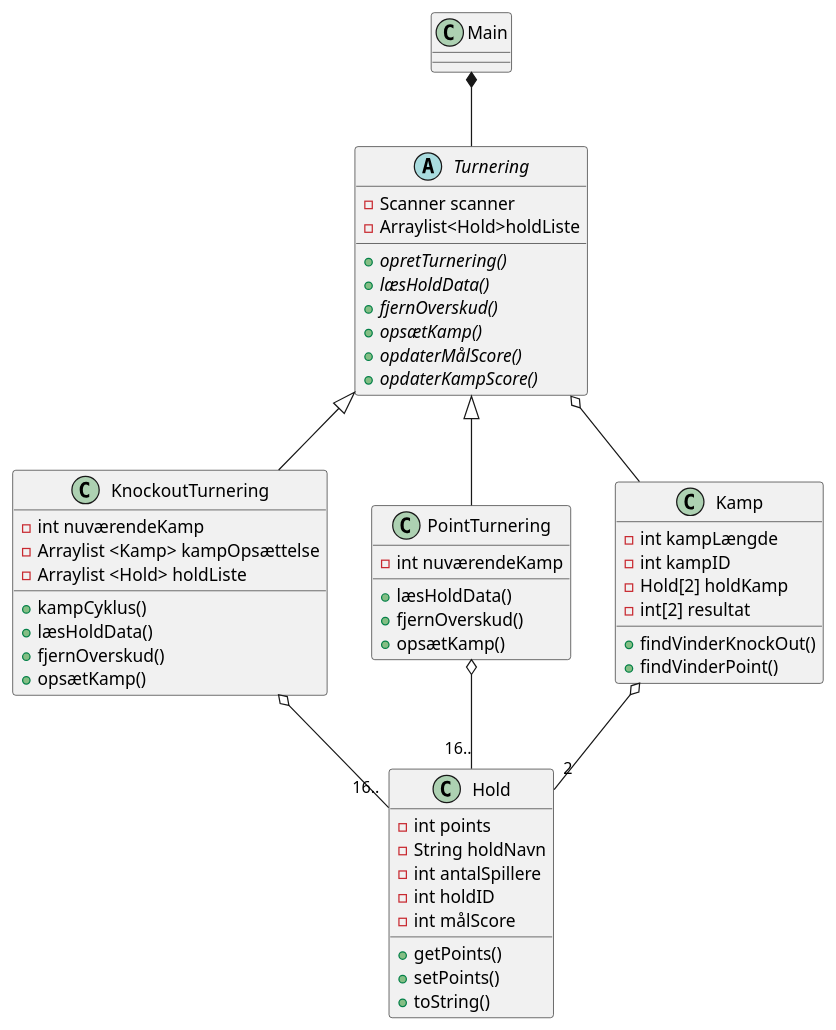
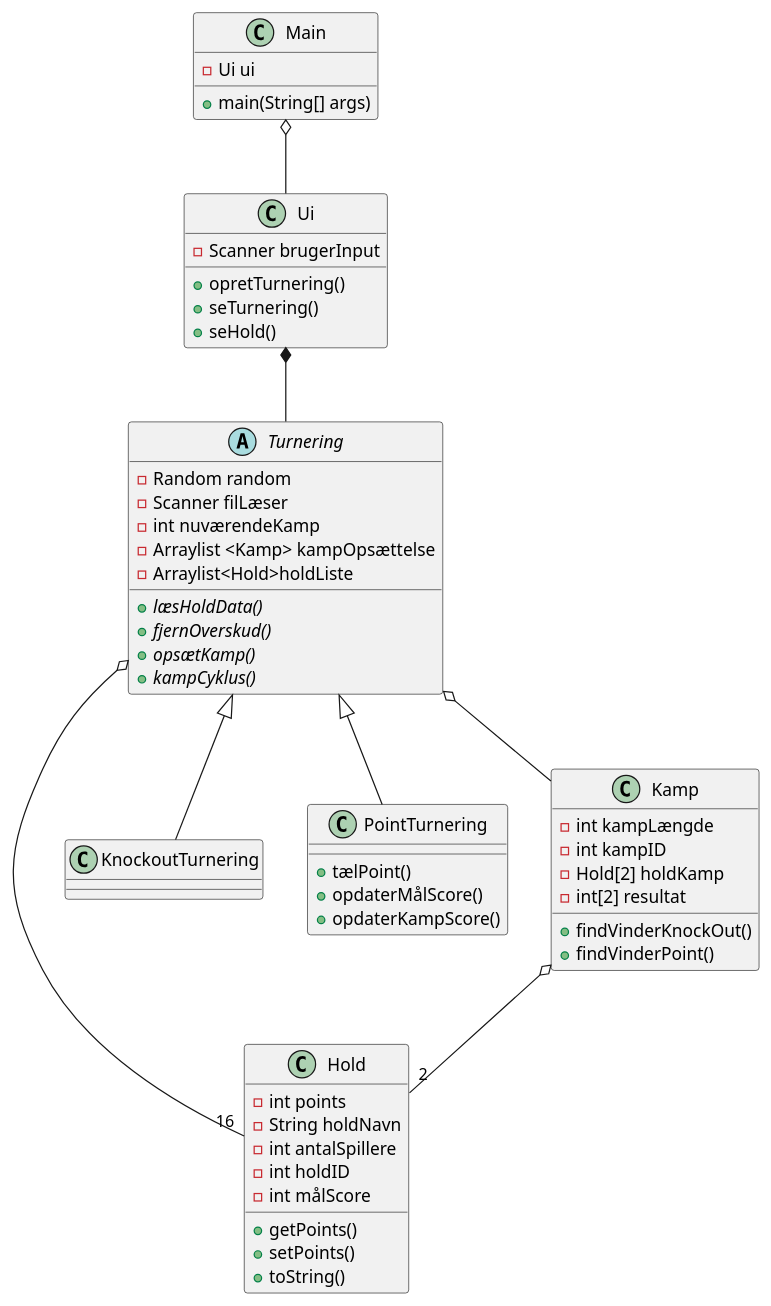
One commit to Datamatiker-A3/SP3 changed the diagram in out/production/SP3/UML/Klassediagram.puml. Above: the diagram before and after it, drawn with PlantUML. The commit also changed 2 other files, not shown here.

Commit message:
Hello det er Anders, ændrede Klassediagram.puml

```diff
--- a/out/production/SP3/UML/Klassediagram.puml
+++ b/out/production/SP3/UML/Klassediagram.puml
@@ -1,70 +1,70 @@
 @startuml
 'https://plantuml.com/class-diagram
 
 abstract class Turnering
 class Main
 class Hold
 class KnockoutTurnering
 class PointTurnering
 class Kamp
-
-Main *-- Turnering
+Main o-- Ui
+Ui *-- Turnering
 Turnering <|-- KnockoutTurnering
 Turnering<|-- PointTurnering
-KnockoutTurnering o-- "16.." Hold
-PointTurnering o-- "16.." Hold
+Turnering o-- "16" Hold
 Turnering o-- Kamp
 Kamp o-- "2" Hold
 
+class Ui{
+ - Scanner brugerInput
+ + opretTurnering()
+ + seTurnering()
+ + seHold()
+}
 
 class Main {
-
+ + main(String[] args)
+ - Ui ui
 }
 class Kamp{
 - int kampLængde
 - int kampID
 - Hold[2] holdKamp
 - int[2] resultat
 + findVinderKnockOut()
 + findVinderPoint()
 }
 
 class Hold{
 - int points
 - String holdNavn
 - int antalSpillere
 - int holdID
 - int målScore
 + getPoints()
 + setPoints()
 + toString()
 
 }
 abstract class Turnering{
-- Scanner scanner
+- Random random
+- Scanner filLæser
+- int nuværendeKamp
+- Arraylist <Kamp> kampOpsættelse
 - Arraylist<Hold>holdListe
-+ {abstract}opretTurnering()
 + {abstract}læsHoldData()
 + {abstract}fjernOverskud()
 + {abstract}opsætKamp()
-+ {abstract}opdaterMålScore()
-+ {abstract}opdaterKampScore()
++ {abstract}kampCyklus()
 }
 class KnockoutTurnering{
-- int nuværendeKamp
-- Arraylist <Kamp> kampOpsættelse
-- Arraylist <Hold> holdListe
-+ kampCyklus()
-+ læsHoldData()
-+ fjernOverskud()
-+ opsætKamp()
+
 }
 class PointTurnering{
-- int nuværendeKamp
-+ læsHoldData()
-+ fjernOverskud()
-+ opsætKamp()
++ tælPoint()
++ opdaterMålScore()
++ opdaterKampScore()
 }
 
 
 @enduml
```
